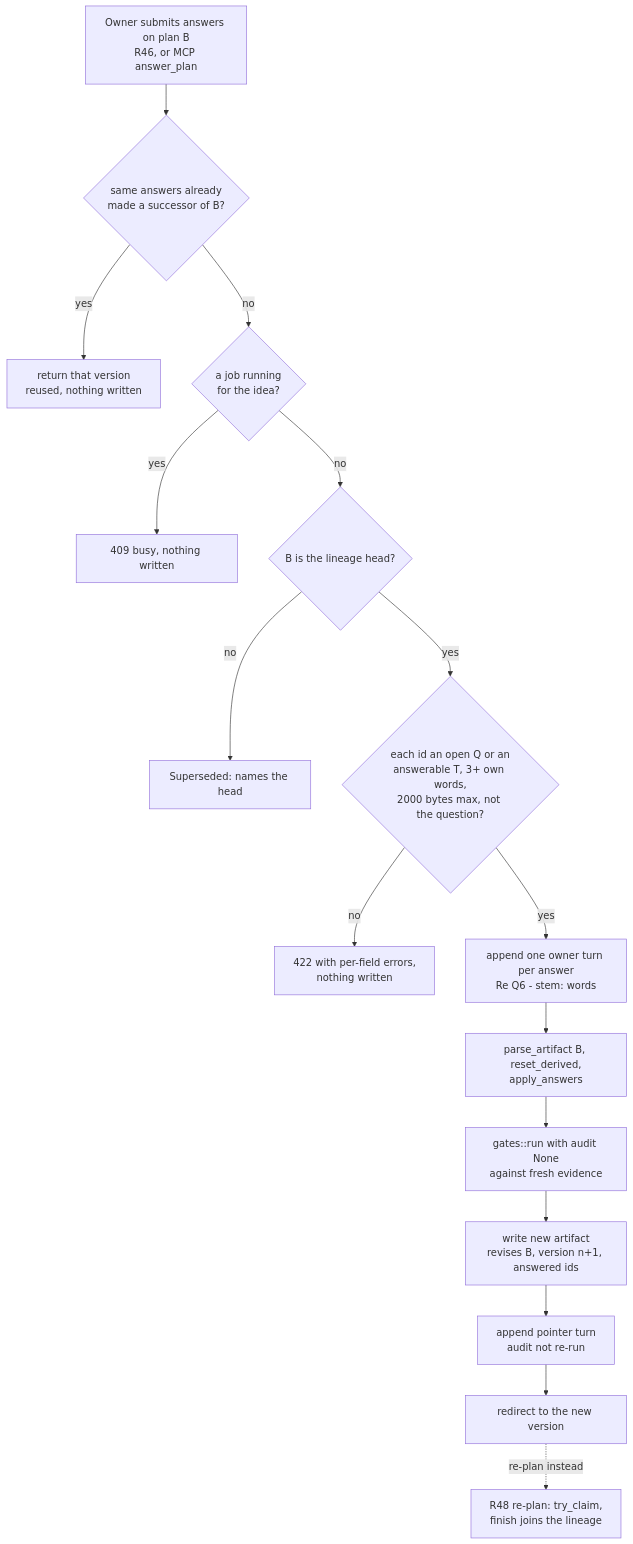
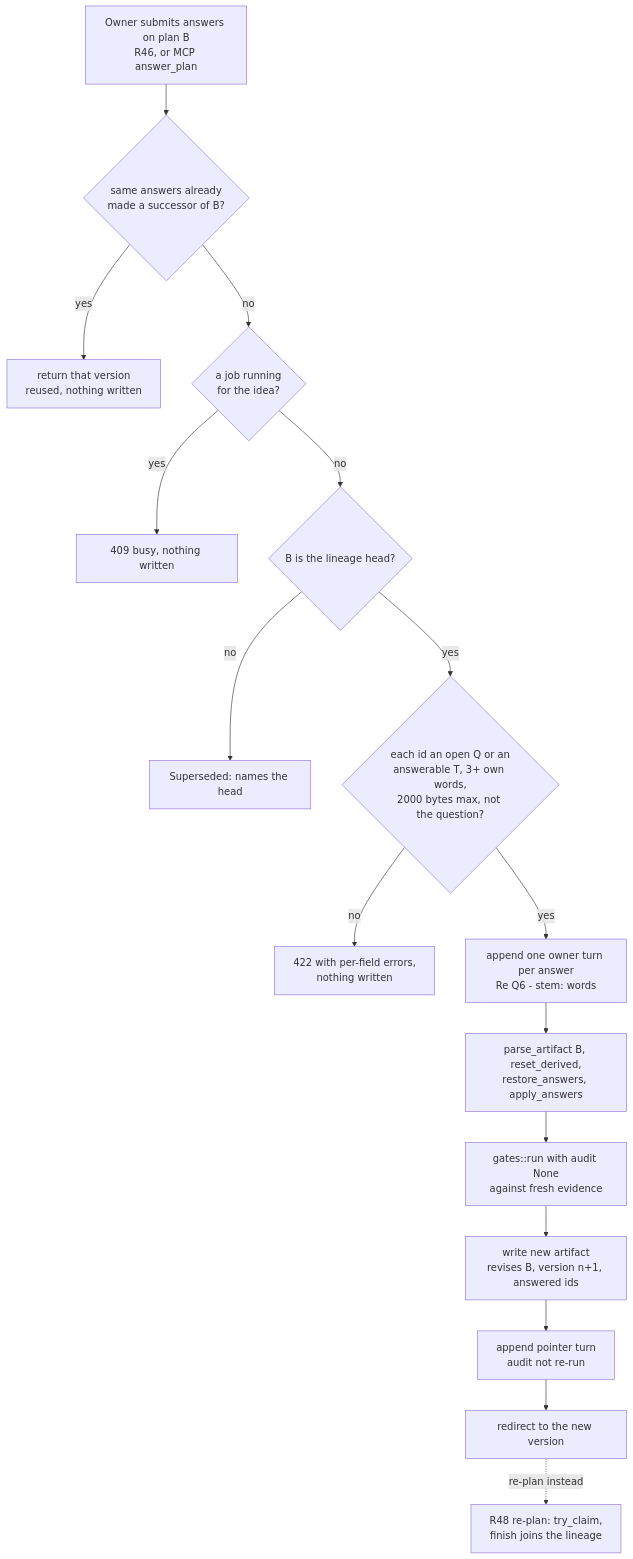
Before and after one commit to jasdian/idea-vault: the second of 2 diagrams in docs/06-concepts/skills.md, drawn with Mermaid. The commit also changed 7 other files, not shown here.

````diff
--- a/docs/06-concepts/skills.md
+++ b/docs/06-concepts/skills.md
@@ -300,18 +300,18 @@
 ```mermaid
 flowchart TD
     A[Owner submits answers on plan B<br/>R46, or MCP answer_plan] --> R{same answers already<br/>made a successor of B?}
     R -- yes --> RE[return that version<br/>reused, nothing written]
     R -- no --> J{a job running<br/>for the idea?}
     J -- yes --> BUSY[409 busy, nothing written]
     J -- no --> H{B is the lineage head?}
     H -- no --> SUP[Superseded: names the head]
     H -- yes --> V{each id an open Q or an<br/>answerable T, 3+ own words,<br/>2000 bytes max, not the question?}
     V -- no --> ERR[422 with per-field errors,<br/>nothing written]
     V -- yes --> T[append one owner turn per answer<br/>Re Q6 - stem: words]
-    T --> P[parse_artifact B, reset_derived,<br/>apply_answers]
+    T --> P[parse_artifact B, reset_derived,<br/>restore_answers, apply_answers]
     P --> G[gates::run with audit None<br/>against fresh evidence]
     G --> W[write new artifact<br/>revises B, version n+1, answered ids]
     W --> PT[append pointer turn<br/>audit not re-run]
     PT --> NEW[redirect to the new version]
     NEW -. re-plan instead .-> RP[R48 re-plan: try_claim,<br/>finish joins the lineage]
 ```
````
